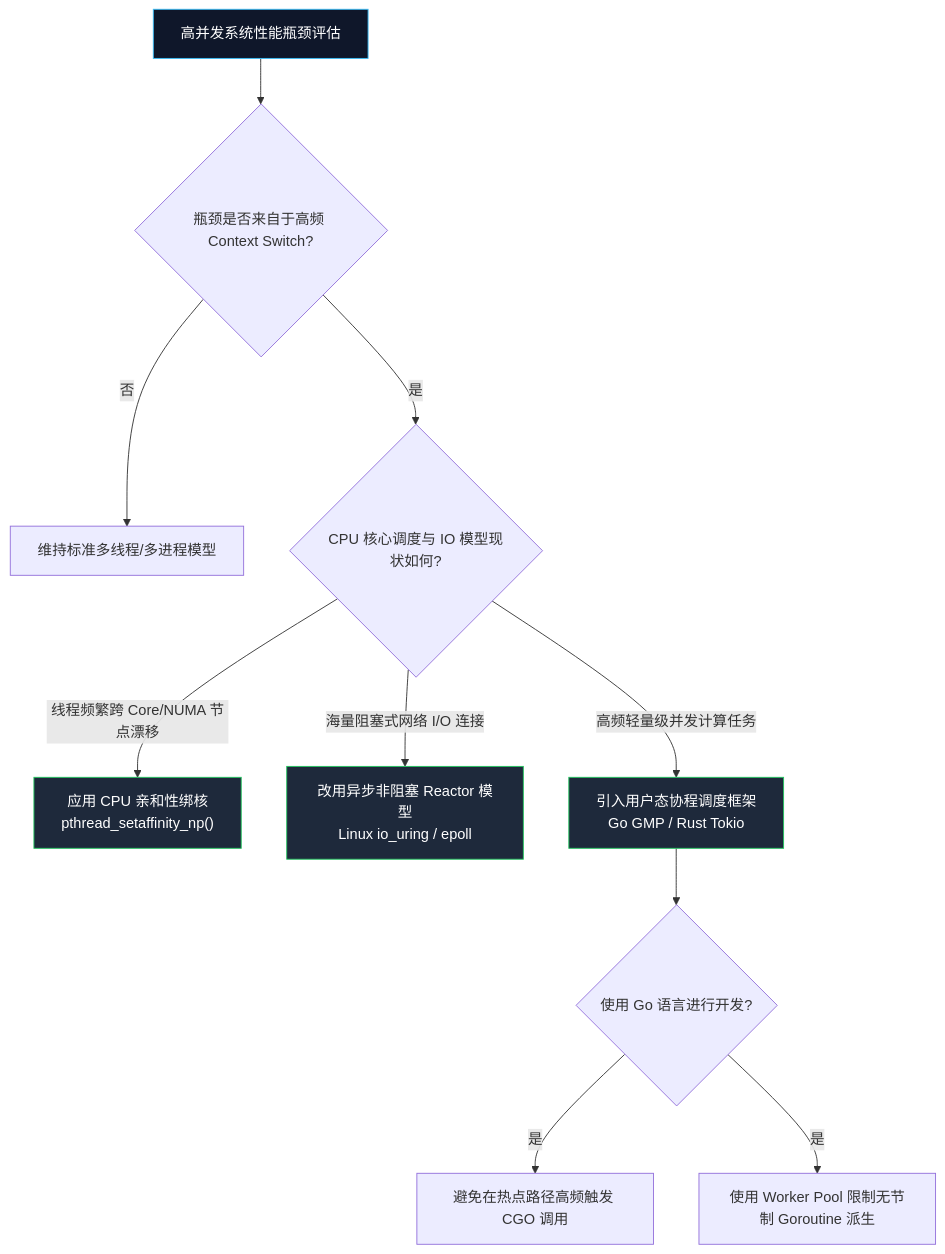
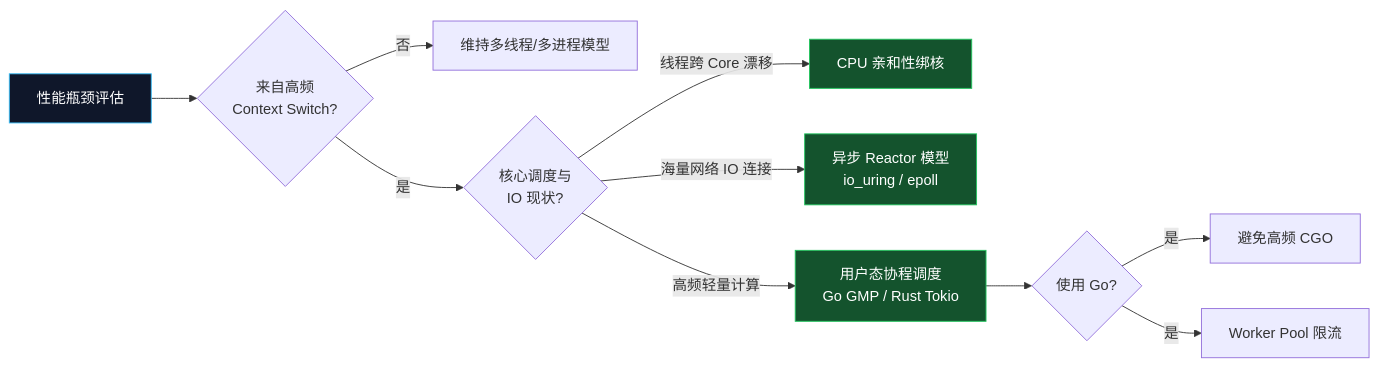
One commit to MoreConsequence/MoreConsequence.github.io changed the fifth of 5 diagrams in content/posts/understanding-context-switching-from-cpu-to-goroutines.md. Above: the diagram before and after it, drawn with Mermaid. The commit also changed other lines of this file and 38 other files, not shown here.

First line of the commit message:
feat(blog): 新增 9 篇深度技术文章并全面扩写全部 14 篇博客，重构 Mermaid 渲染器

````diff
--- a/content/posts/understanding-context-switching-from-cpu-to-goroutines.md
+++ b/content/posts/understanding-context-switching-from-cpu-to-goroutines.md
@@ -384,20 +403,19 @@
 ```mermaid
-flowchart TD
-    Start["高并发系统性能瓶颈评估"] --> Q1{"瓶颈是否来自于高频 Context Switch?"}
+flowchart LR
+    Start["性能瓶颈评估"] --> Q1{"来自高频<br/>Context Switch?"}
+    Q1 -- "否" --> Normal["维持多线程/多进程模型"]
+    Q1 -- "是" --> Q2{"核心调度与<br/>IO 现状?"}
 
-    Q1 -- "否" --> Normal["维持标准多线程/多进程模型"]
-    Q1 -- "是" --> Q2{"CPU 核心调度与 IO 模型现状如何?"}
+    Q2 -- "线程跨 Core 漂移" --> Opt1["CPU 亲和性绑核"]
+    Q2 -- "海量网络 IO 连接" --> Opt2["异步 Reactor 模型<br/>io_uring / epoll"]
+    Q2 -- "高频轻量计算" --> Opt3["用户态协程调度<br/>Go GMP / Rust Tokio"]
 
-    Q2 -- "线程频繁跨 Core/NUMA 节点漂移" --> Opt1["应用 CPU 亲和性绑核<br/>pthread_setaffinity_np()"]
-    Q2 -- "海量阻塞式网络 I/O 连接" --> Opt2["改用异步非阻塞 Reactor 模型<br/>Linux io_uring / epoll"]
-    Q2 -- "高频轻量级并发计算任务" --> Opt3["引入用户态协程调度框架<br/>Go GMP / Rust Tokio"]
-
-    Opt3 --> CheckGo{"使用 Go 语言进行开发?"}
-    CheckGo -- "是" --> GoRule1["避免在热点路径高频触发 CGO 调用"]
-    CheckGo -- "是" --> GoRule2["使用 Worker Pool 限制无节制 Goroutine 派生"]
+    Opt3 --> CheckGo{"使用 Go?"}
+    CheckGo -- "是" --> GoRule1["避免高频 CGO"]
+    CheckGo -- "是" --> GoRule2["Worker Pool 限流"]
 
     style Start fill:#0f172a,stroke:#38bdf8,color:#fff
-    style Opt1 fill:#1e293b,stroke:#22c55e,color:#fff
-    style Opt2 fill:#1e293b,stroke:#22c55e,color:#fff
-    style Opt3 fill:#1e293b,stroke:#22c55e,color:#fff
+    style Opt1 fill:#14532d,stroke:#22c55e,color:#fff
+    style Opt2 fill:#14532d,stroke:#22c55e,color:#fff
+    style Opt3 fill:#14532d,stroke:#22c55e,color:#fff
 ```
````
